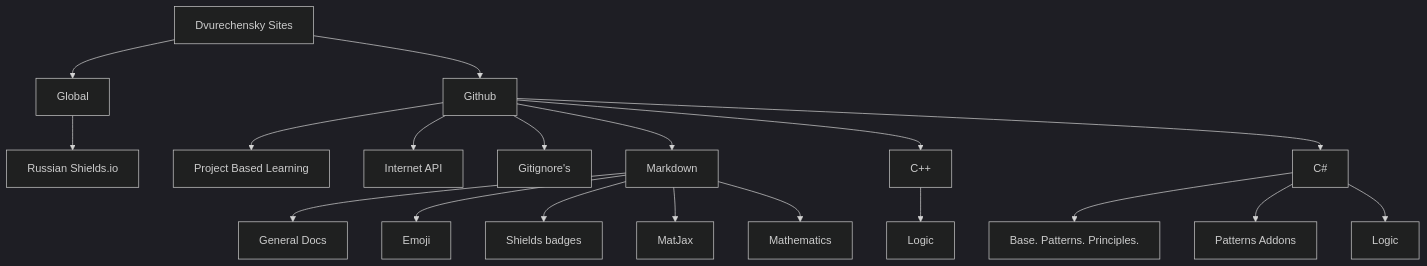
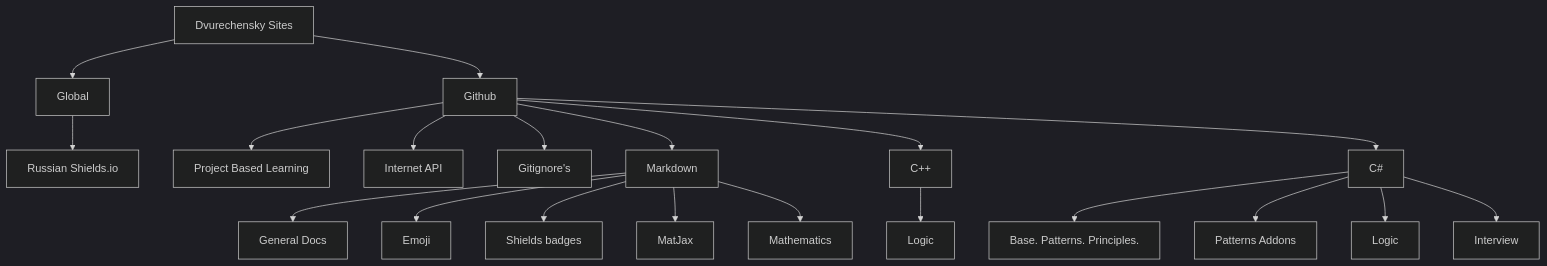
One commit to Dvurechensky/Dvurechensky changed the second of 2 diagrams in README.md. Above: the diagram before and after it, drawn with Mermaid (dark theme). The commit also changed other lines of this file and 1 other file, not shown here.

````diff
--- a/README.md
+++ b/README.md
@@ -71,21 +71,22 @@
 ```mermaid
 graph TD
   A[Dvurechensky Sites] --> B[Global]
   A[Dvurechensky Sites] --> C[Github]
   B --> E[Russian Shields.io]
   C --> R[Project Based Learning]
   C --> M[Internet API]
   C --> G[Gitignore's]
   C --> H[Markdown]
   C --> W[C++]
   W --> W1[Logic]
   C --> N[C#]
   N --> N1[Base. Patterns. Principles.]
   N --> N2[Patterns Addons]
   N --> N3[Logic]
+  N --> N4[Interview]
   H --> K[General Docs]
   H --> L[Emoji]
   H --> Z[Shields badges]
   H --> X[MatJax]
   H --> V[Mathematics]
 ```
````
